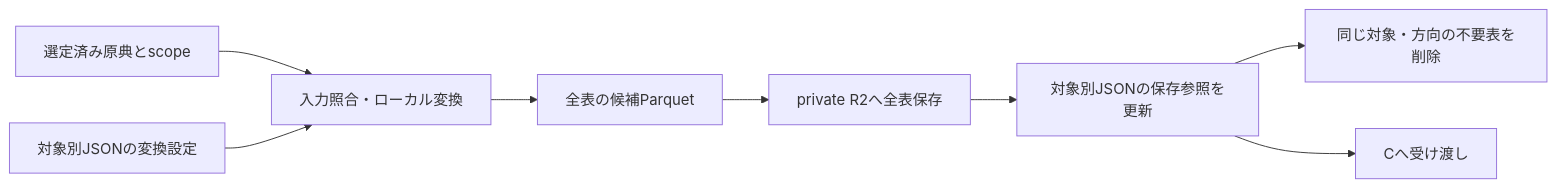
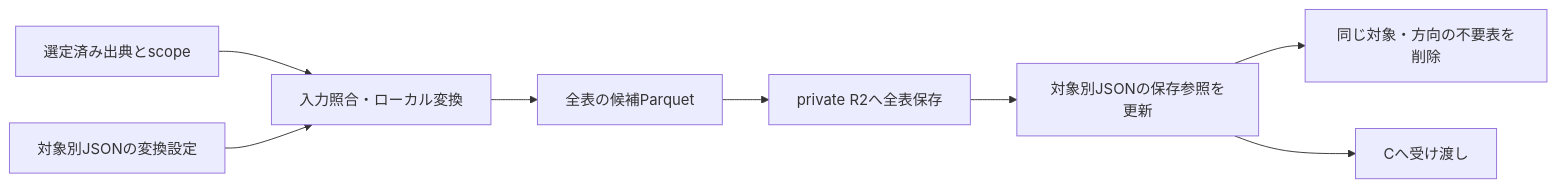
One commit to fudoki-hensansitu/fudoki changed the diagram in docs/prd/ingestion-storage/dd.md. Above: the diagram before and after it, drawn with Mermaid. The commit also changed other lines of this file and 203 other files, not shown here.

````diff
--- a/docs/prd/ingestion-storage/dd.md
+++ b/docs/prd/ingestion-storage/dd.md
@@ -28,10 +28,10 @@
 ```mermaid
 flowchart LR
-  A[選定済み原典とscope] --> B[入力照合・ローカル変換]
+  A[選定済み出典とscope] --> B[入力照合・ローカル変換]
   J[対象別JSONの変換設定] --> B
   B --> P[全表の候補Parquet]
   P --> R[private R2へ全表保存]
   R --> M[対象別JSONの保存参照を更新]
   M --> D[同じ対象・方向の不要表を削除]
   M --> C[Cへ受け渡し]
 ```
````
